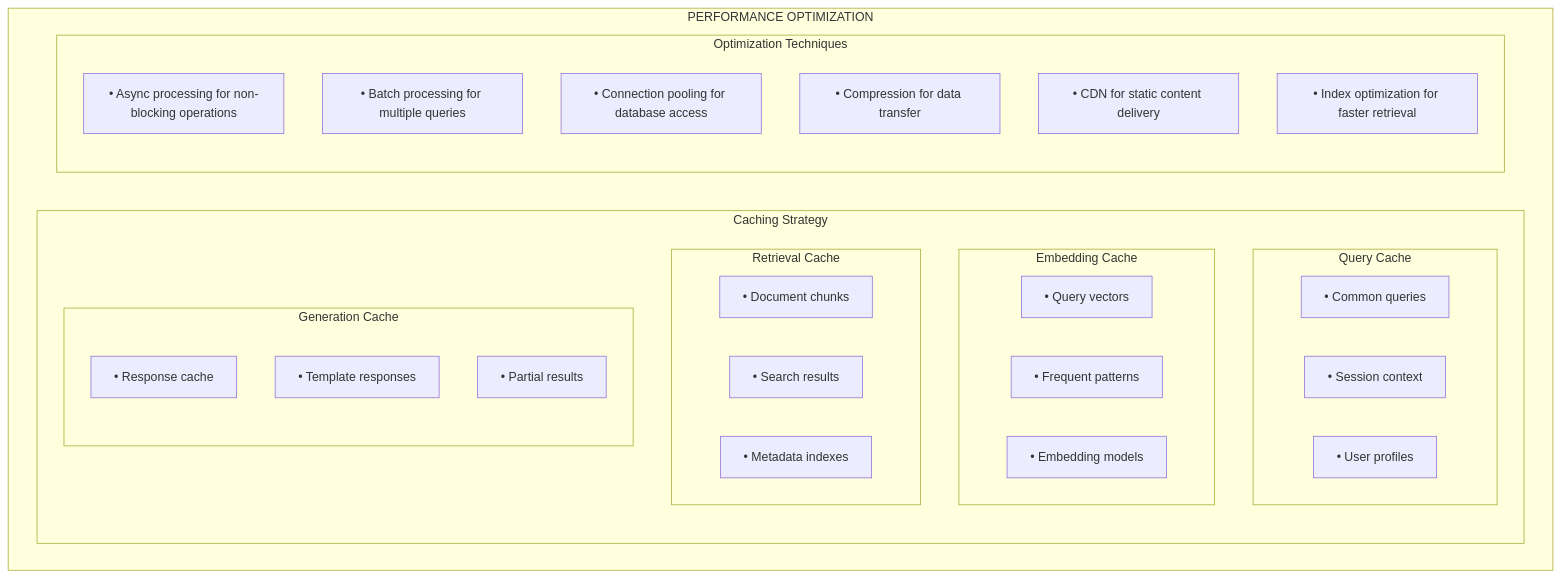
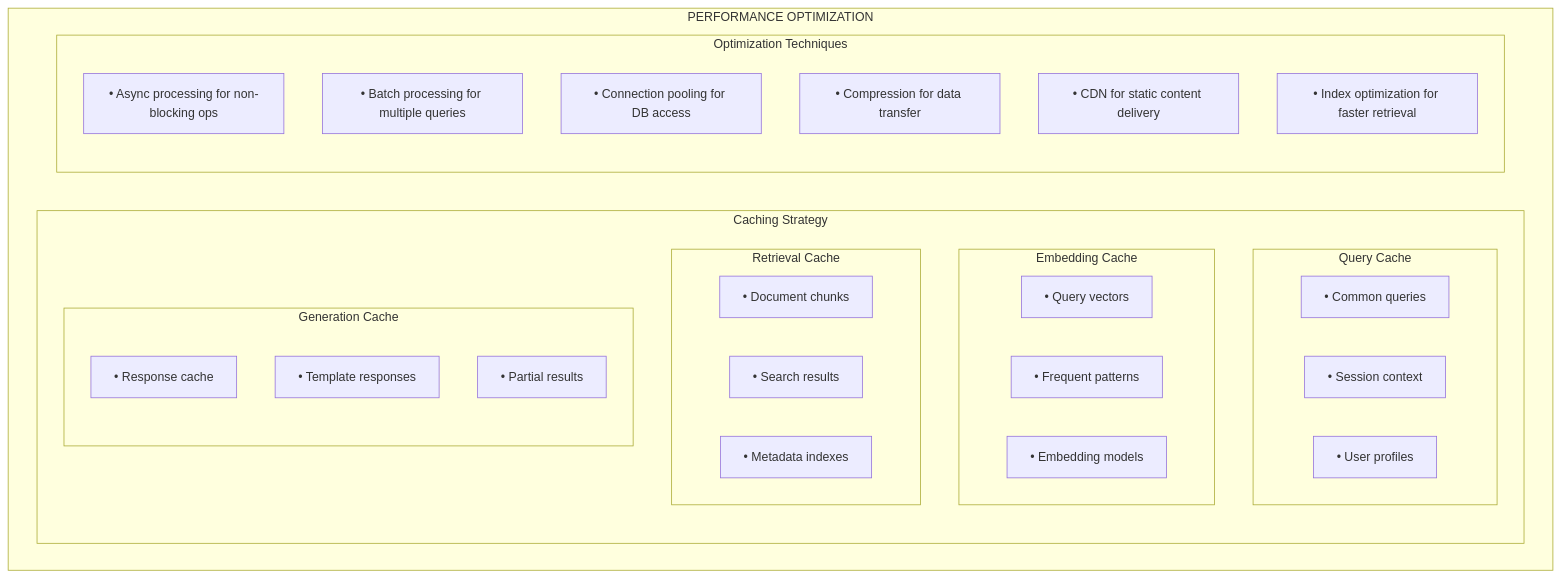
Before and after one commit to satinath-nit/llm-rag-cookbook: diagram 13 of 21 in rag_solution_architecture_document (1).md, drawn with Mermaid. The commit also changed other lines of this file, not shown here.

````diff
--- a/rag_solution_architecture_document (1).md
+++ b/rag_solution_architecture_document (1).md
@@ -808,39 +808,39 @@
 ```mermaid
 graph TB
     subgraph "PERFORMANCE OPTIMIZATION"
         subgraph "Caching Strategy"
             subgraph "Query Cache"
                 QC1[• Common queries]
                 QC2[• Session context]
                 QC3[• User profiles]
             end
             
             subgraph "Embedding Cache"
                 EC1[• Query vectors]
                 EC2[• Frequent patterns]
                 EC3[• Embedding models]
             end
             
             subgraph "Retrieval Cache"
                 RC1[• Document chunks]
                 RC2[• Search results]
                 RC3[• Metadata indexes]
             end
             
             subgraph "Generation Cache"
                 GC1[• Response cache]
                 GC2[• Template responses]
                 GC3[• Partial results]
             end
         end
         
         subgraph "Optimization Techniques"
-            OT1[• Async processing for non-blocking operations]
+            OT1[• Async processing for non-blocking ops]
             OT2[• Batch processing for multiple queries]
-            OT3[• Connection pooling for database access]
+            OT3[• Connection pooling for DB access]
             OT4[• Compression for data transfer]
             OT5[• CDN for static content delivery]
             OT6[• Index optimization for faster retrieval]
         end
     end
 ```
````
